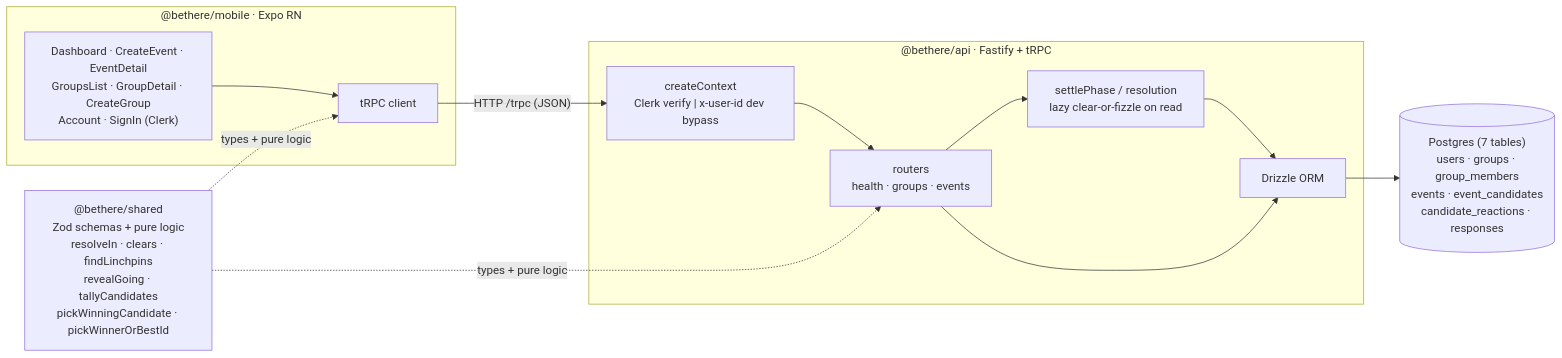
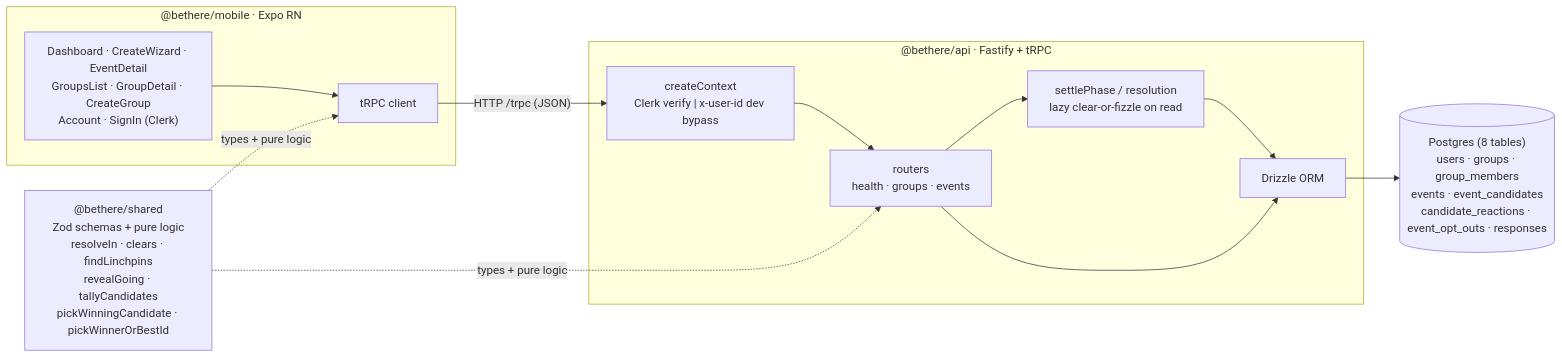
The first of 2 diagrams in ARCHITECTURE.md (gong8/drp_02), drawn with Mermaid before and after one commit. The commit also changed other lines of this file and 2 other files, not shown here.

First line of the commit message:
docs: sync CLAUDE/README/ARCHITECTURE with activity model + redo + editing (DRP-42/43)

````diff
--- a/ARCHITECTURE.md
+++ b/ARCHITECTURE.md
@@ -31,21 +32,21 @@
 ```mermaid
 flowchart LR
   subgraph mobile["@bethere/mobile · Expo RN"]
-    UI["Dashboard · CreateEvent · EventDetail\nGroupsList · GroupDetail · CreateGroup\nAccount · SignIn (Clerk)"] --> C["tRPC client"]
+    UI["Dashboard · CreateWizard · EventDetail\nGroupsList · GroupDetail · CreateGroup\nAccount · SignIn (Clerk)"] --> C["tRPC client"]
   end
   subgraph api["@bethere/api · Fastify + tRPC"]
     AUTH["createContext\nClerk verify | x-user-id dev bypass"]
     R["routers\nhealth · groups · events"]
     SVC["settlePhase / resolution\nlazy clear-or-fizzle on read"]
     AUTH --> R
     R --> SVC --> D["Drizzle ORM"]
     R --> D
   end
-  DB[("Postgres (7 tables)\nusers · groups · group_members\nevents · event_candidates\ncandidate_reactions · responses")]
+  DB[("Postgres (8 tables)\nusers · groups · group_members\nevents · event_candidates\ncandidate_reactions · event_opt_outs · responses")]
   S["@bethere/shared\nZod schemas + pure logic\nresolveIn · clears · findLinchpins\nrevealGoing · tallyCandidates\npickWinningCandidate · pickWinnerOrBestId"]
 
   C -- "HTTP /trpc (JSON)" --> AUTH
   D --> DB
   S -. "types + pure logic" .-> C
   S -. "types + pure logic" .-> R
 ```
````
